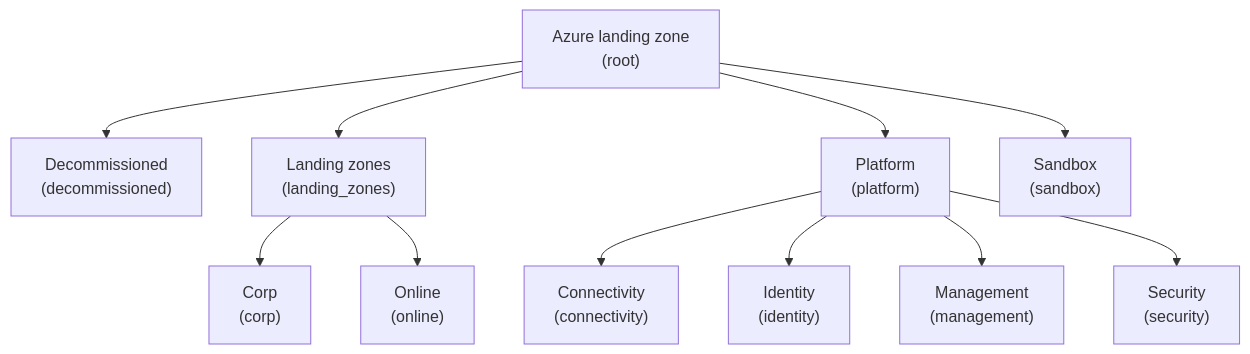
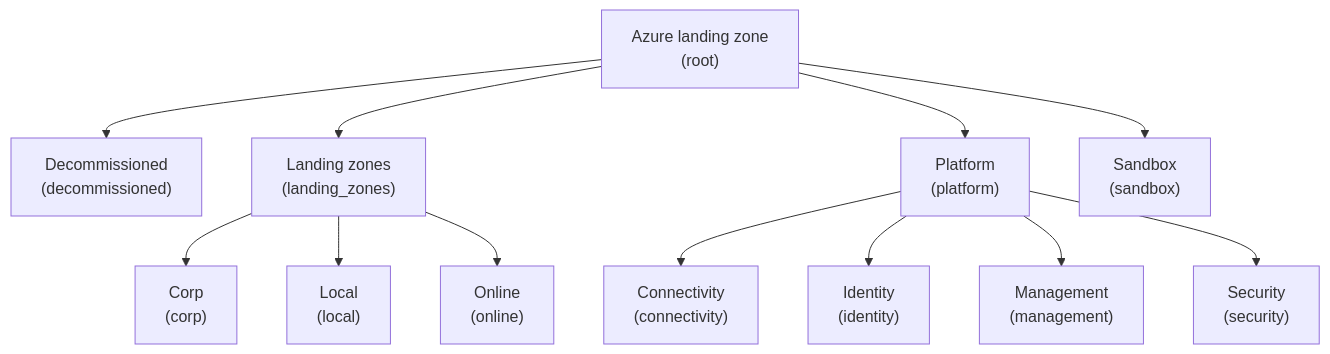
The diagram in content/alz/examples/core_alz.md (azurecitadel/azurecitadel), drawn with Mermaid before and after one commit. The commit also changed other lines of this file and 10 other files, not shown here.

```diff
--- a/content/alz/examples/core_alz.md
+++ b/content/alz/examples/core_alz.md
@@ -25,36 +25,39 @@
 {{< mermaid >}}
 flowchart TD
   alz["Azure landing zone
 (root)"]
   alz --> decommissioned
   decommissioned["Decommissioned
 (decommissioned)"]
   alz --> landingzones
   landingzones["Landing zones
 (landing_zones)"]
   landingzones --> corp
   corp["Corp
 (corp)"]
+  landingzones --> local
+  local["Local
+(local)"]
   landingzones --> online
   online["Online
 (online)"]
   alz --> platform
   platform["Platform
 (platform)"]
   platform --> connectivity
   connectivity["Connectivity
 (connectivity)"]
   platform --> identity
   identity["Identity
 (identity)"]
   platform --> management
   management["Management
 (management)"]
   platform --> security
   security["Security
 (security)"]
   alz --> sandbox
   sandbox["Sandbox
 (sandbox)"]
 
 {{< /mermaid >}}
```
